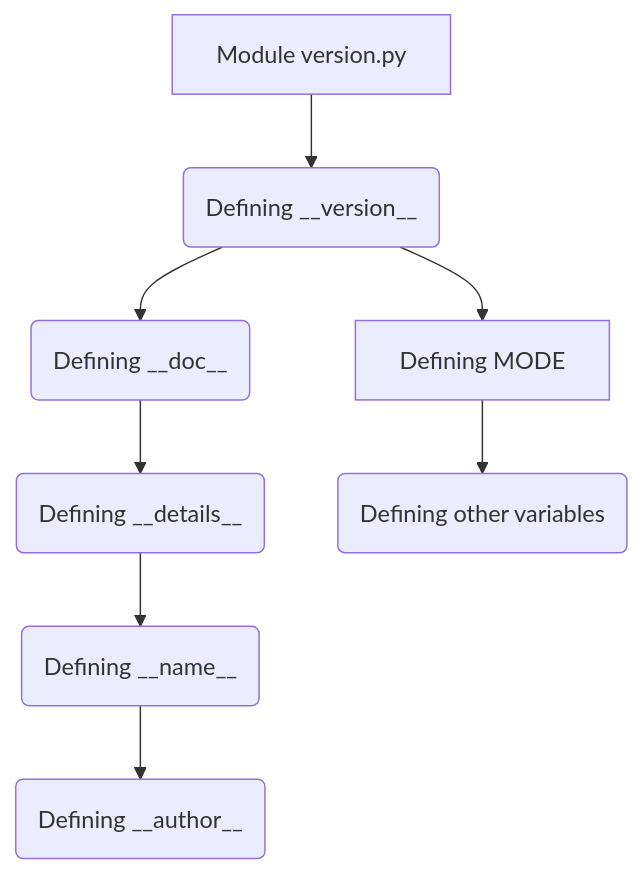
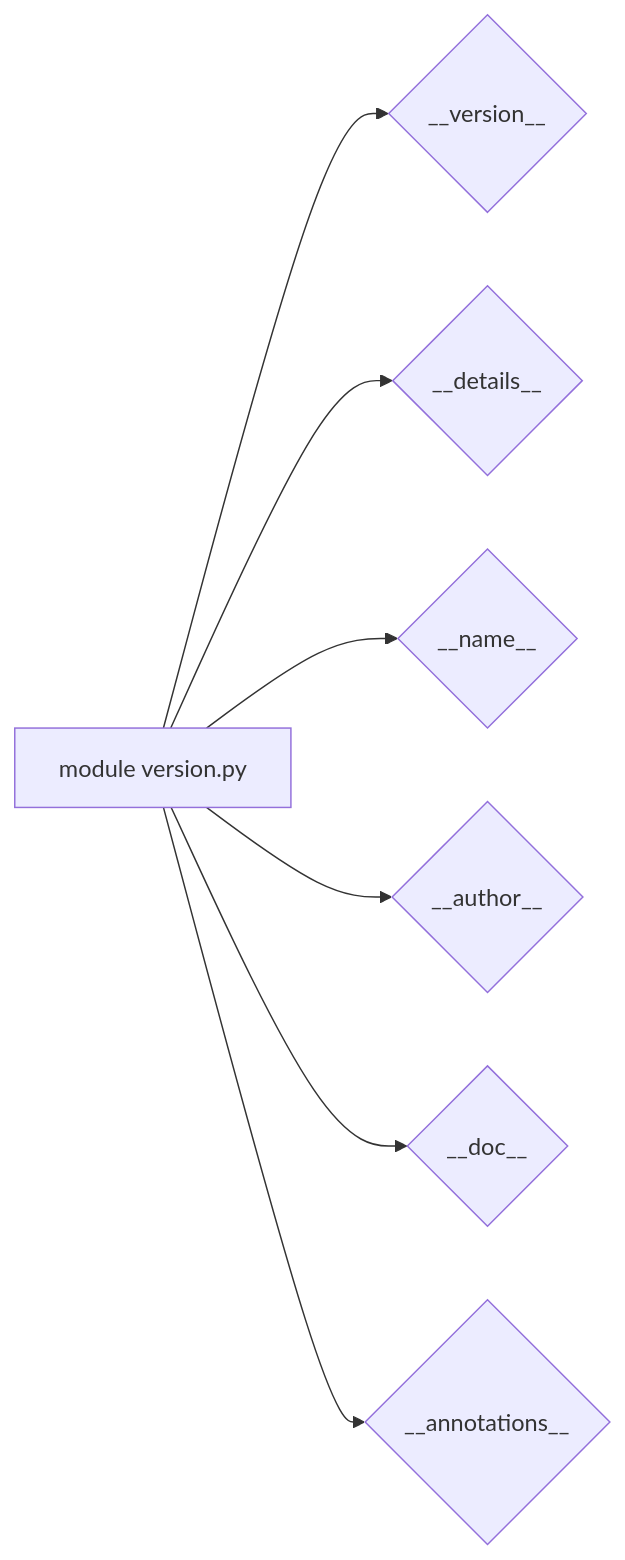
Before and after one commit to hypo69/hypo: the diagram in docs/gemini/ru/explainer/src/category/_examples/version.md, drawn with Mermaid. The commit also changed other lines of this file and 632 other files, not shown here.

````diff
--- a/docs/gemini/ru/explainer/src/category/_examples/version.md
+++ b/docs/gemini/ru/explainer/src/category/_examples/version.md
@@ -73,10 +76,9 @@
 ```mermaid
-graph TD
-    A[Module version.py] --> B(Defining __version__);
-    B --> C(Defining __doc__);
-    C --> D(Defining __details__);
-    D --> E(Defining __name__);
-    E --> F(Defining __author__);
-    B --> G[Defining MODE];
-    G --> H(Defining other variables);
+graph LR
+    A[module version.py] --> B{__version__};
+    A --> C{__details__};
+    A --> D{__name__};
+    A --> E{__author__};
+    A --> F{__doc__};
+    A --> G{__annotations__};
 ```
````
